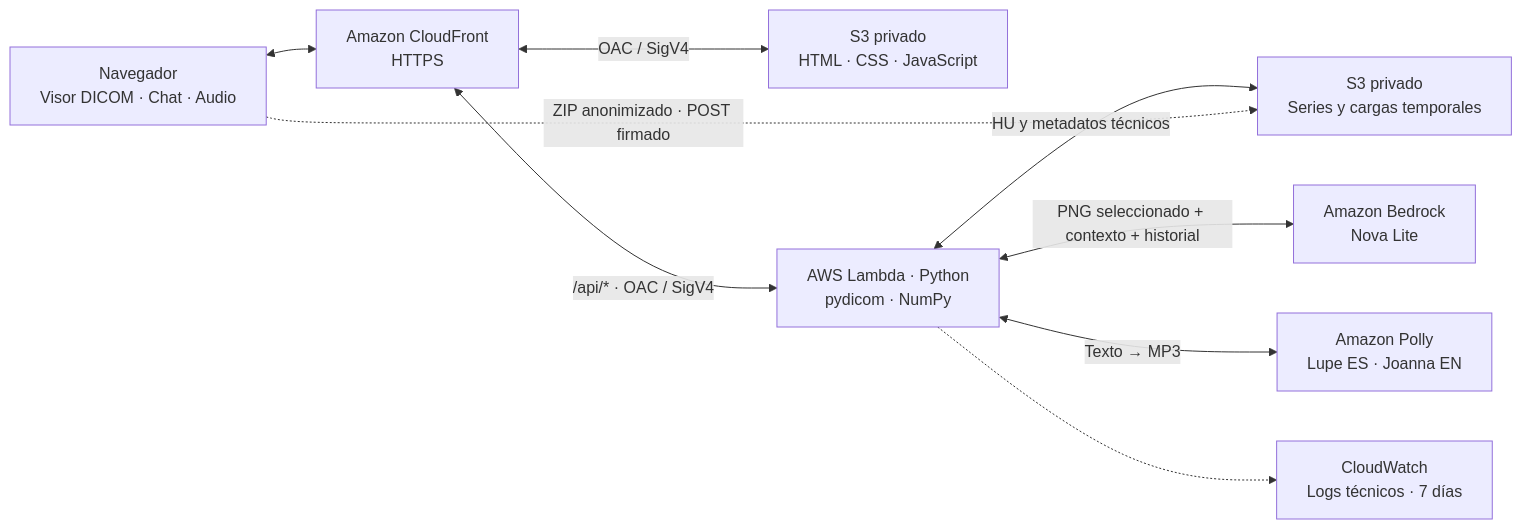
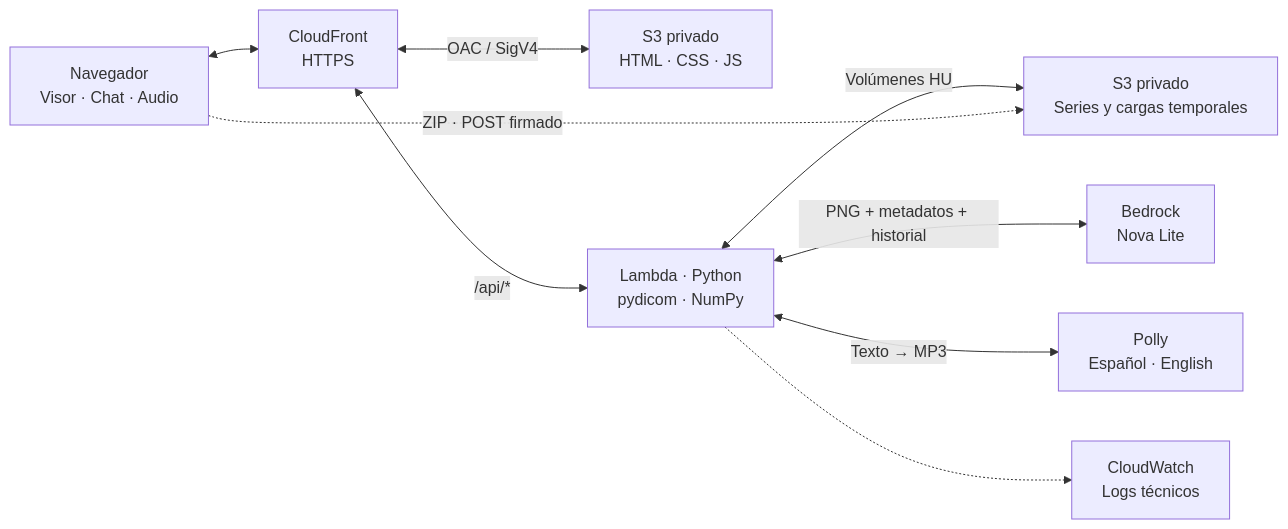
The diagram in README.md (lvaldivia/sipaim-2026-dicom-lab), drawn with Mermaid before and after one commit. The commit also changed other lines of this file and 7 other files, not shown here.

````diff
--- a/README.md
+++ b/README.md
@@ -27,11 +47,11 @@
 ```mermaid
 flowchart LR
-  U["Navegador<br/>Visor DICOM · Chat · Audio"] <--> CF["Amazon CloudFront<br/>HTTPS"]
-  CF <-->|"OAC / SigV4"| WEB["S3 privado<br/>HTML · CSS · JavaScript"]
-  CF <-->|"/api/* · OAC / SigV4"| API["AWS Lambda · Python<br/>pydicom · NumPy"]
-  API <-->|"HU y metadatos técnicos"| DATA["S3 privado<br/>Series y cargas temporales"]
-  API <-->|"PNG seleccionado + contexto + historial"| BR["Amazon Bedrock<br/>Nova Lite"]
-  API <-->|"Texto → MP3"| POLLY["Amazon Polly<br/>Lupe ES · Joanna EN"]
-  API -.-> LOG["CloudWatch<br/>Logs técnicos · 7 días"]
-  U -.->|"ZIP anonimizado · POST firmado"| DATA
+  U["Navegador<br/>Visor · Chat · Audio"] <--> CF["CloudFront<br/>HTTPS"]
+  CF <-->|"OAC / SigV4"| WEB["S3 privado<br/>HTML · CSS · JS"]
+  CF <-->|"/api/*"| API["Lambda · Python<br/>pydicom · NumPy"]
+  API <-->|"Volúmenes HU"| DATA["S3 privado<br/>Series y cargas temporales"]
+  API <-->|"PNG + metadatos + historial"| BR["Bedrock<br/>Nova Lite"]
+  API <-->|"Texto → MP3"| POLLY["Polly<br/>Español · English"]
+  API -.-> LOG["CloudWatch<br/>Logs técnicos"]
+  U -.->|"ZIP · POST firmado"| DATA
 ```
````
